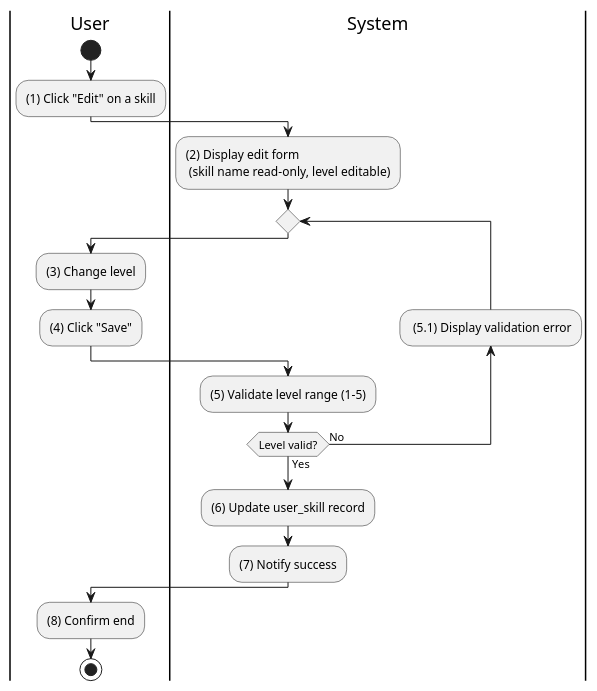
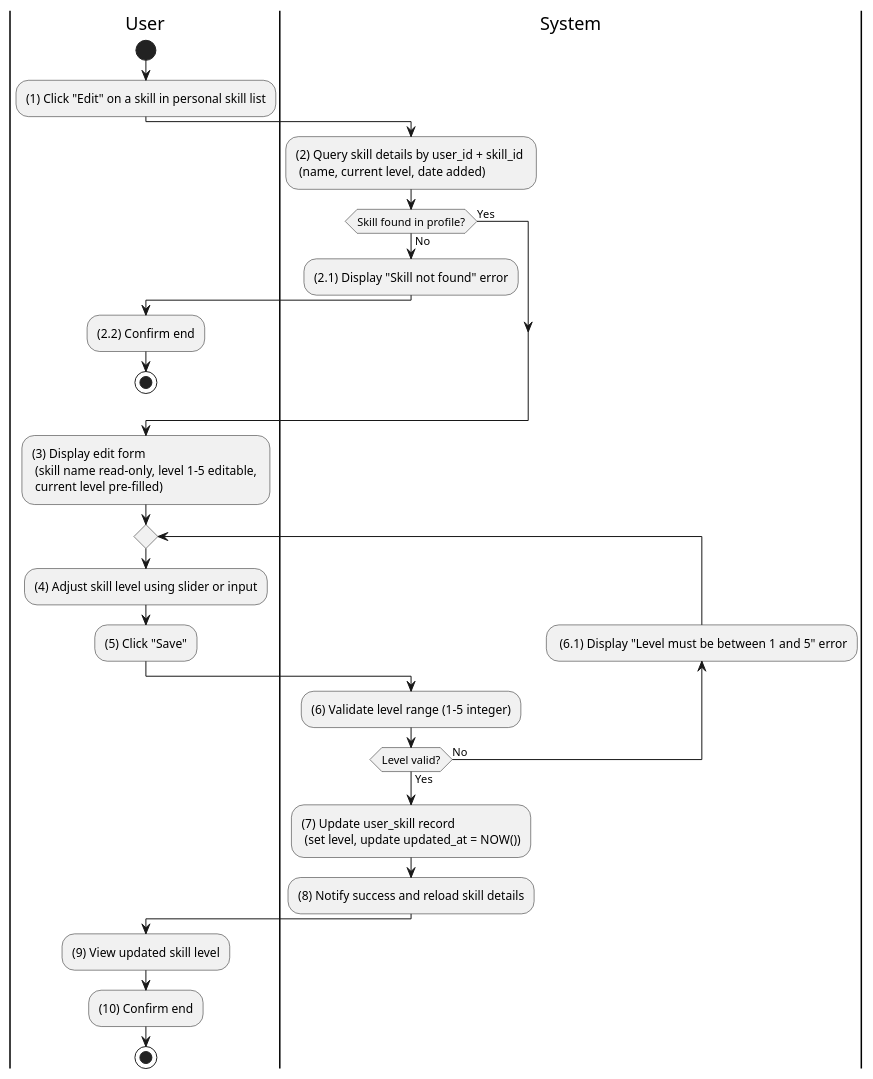
The diagram in docs/docs/activity/user-skills/update-personal-skill.md (taskpilot-platform/taskpilot-platform.github.io), drawn with PlantUML before and after one commit. The commit also changed 9 other files, not shown here.

First line of the commit message:
docs(activity): expand 10 short activity diagram files with detailed flows

````diff
--- a/docs/docs/activity/user-skills/update-personal-skill.md
+++ b/docs/docs/activity/user-skills/update-personal-skill.md
@@ -3,31 +3,42 @@
 ```plantuml
 @startuml
 |U|User
 |S|System
 
 |U|
 start
-:(1) Click "Edit" on a skill;
+:(1) Click "Edit" on a skill in personal skill list;
 
 |S|
-:(2) Display edit form \n (skill name read-only, level editable);
+:(2) Query skill details by user_id + skill_id \n (name, current level, date added);
+
+if (Skill found in profile?) then (No)
+  :(2.1) Display "Skill not found" error;
+  |U|
+  :(2.2) Confirm end;
+  stop
+else (Yes)
+endif
+
+:(3) Display edit form \n (skill name read-only, level 1–5 editable, \n current level pre-filled);
 
 repeat
   |U|
-  :(3) Change level;
-  :(4) Click "Save";
+  :(4) Adjust skill level using slider or input;
+  :(5) Click "Save";
 
   |S|
-  :(5) Validate level range (1-5);
-  backward: (5.1) Display validation error;
+  :(6) Validate level range (1–5 integer);
+  backward: (6.1) Display "Level must be between 1 and 5" error;
 repeat while (Level valid?) is (No) not (Yes)
 
-:(6) Update user_skill record;
-:(7) Notify success;
+:(7) Update user_skill record \n (set level, update updated_at = NOW());
+:(8) Notify success and reload skill details;
 
 |U|
-:(8) Confirm end;
+:(9) View updated skill level;
+:(10) Confirm end;
 
 stop
 @enduml
 ```
````
